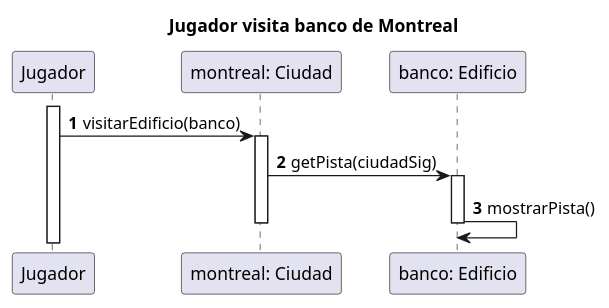
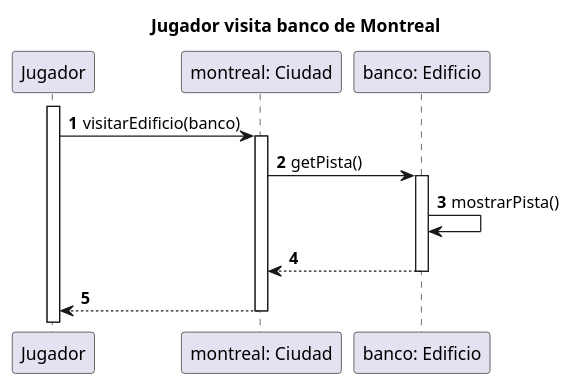
Before and after one commit to alexguttlein/TP2-CarmenSandiego: the diagram in diagrams/sequences/Entrega1/casoUso1.puml, drawn with PlantUML. The commit also changed 20 other files, not shown here.

```diff
--- a/diagrams/sequences/Entrega1/casoUso1.puml
+++ b/diagrams/sequences/Entrega1/casoUso1.puml
@@ -1,40 +1,16 @@
 @startuml
 
 autonumber
 title "Jugador visita banco de Montreal"
 activate Jugador
 Jugador -> "montreal: Ciudad": visitarEdificio(banco)
 activate "montreal: Ciudad"
-"montreal: Ciudad" -> "banco: Edificio": getPista(ciudadSig)
+"montreal: Ciudad" -> "banco: Edificio": getPista()
 activate "banco: Edificio"
 "banco: Edificio" -> "banco: Edificio": mostrarPista()
+"banco: Edificio" --> "montreal: Ciudad"
+deactivate "banco: Edificio"
+"montreal: Ciudad" --> Jugador
+deactivate "montreal: Ciudad"
 
-deactivate "montreal: Ciudad"
-deactivate "banco: Edificio"
-
-'Jugador tiene la ciudad actual como atributo
-
-/'
-ClaseJugador
-visitarEdificio(Edificio edificio){
-        ciudadActual.visitarEdificio(edificio);
-}
-
-ClaseCiudad
-visitarEdificio(Ciudad ciudadSig, Edificio edificio){
-    edificio.visitar(ciudadSig);
-}
-
-ClaseEdificio
-visitar(Ciuadad ciudadSig){
-    Reloj reloj = Reloj.getInstance();
-    reloj.agregarHoras(obtenerCantidadHoras());
-    mostrarPista(ciudadSig);
-}
-
-obtenerCantidadHoras(){if else, if else...}
-
-mostrarPista(Ciudad ciudadSig){}
-
-'/
 @enduml
```
